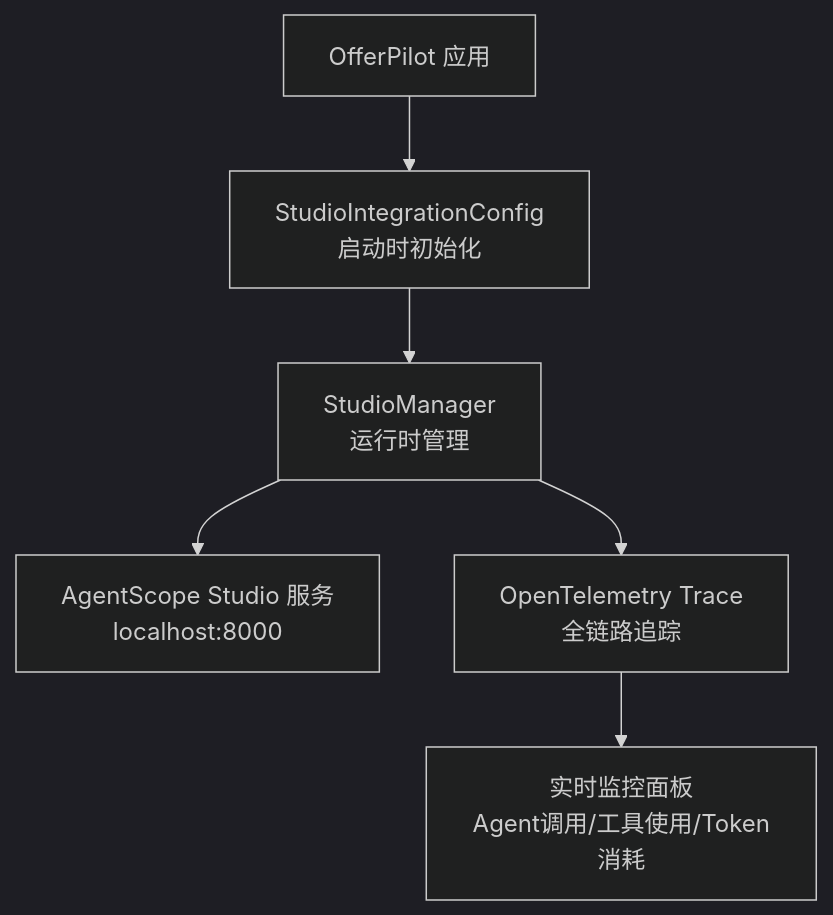
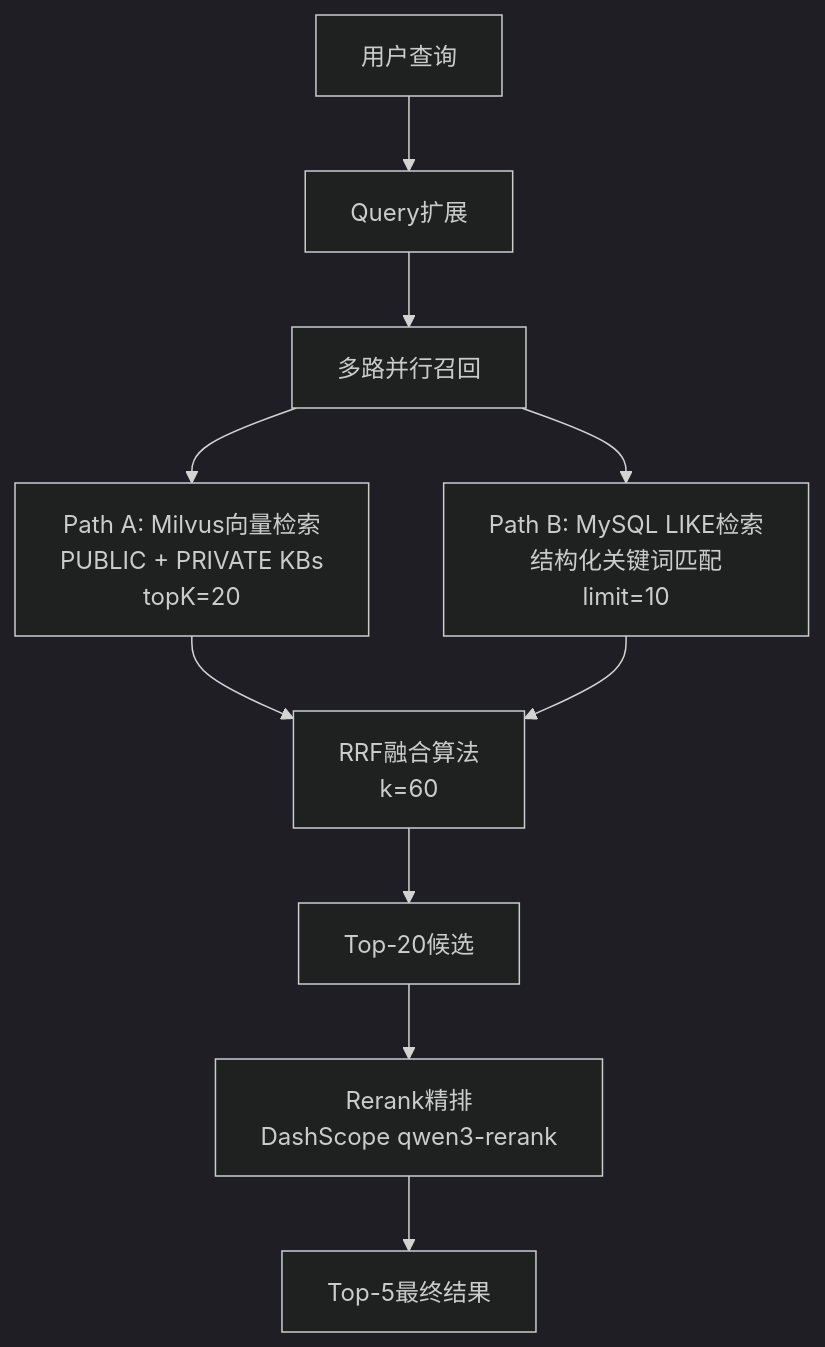
One commit to Miss-zhi/OfferPilot changed the third of 6 diagrams in .qoder/repowiki/zh/content/系统技术架构总览.md. Above: the diagram before and after it, drawn with Mermaid (dark theme). The commit also changed other lines of this file and 25 other files, not shown here.

````diff
--- a/.qoder/repowiki/zh/content/系统技术架构总览.md
+++ b/.qoder/repowiki/zh/content/系统技术架构总览.md
@@ -263,14 +149,20 @@
 ```mermaid
 graph TB
-APP["OfferPilot 应用"]
-STUDIO_CONFIG["StudioIntegrationConfig<br/>启动时初始化"]
-STUDIO_MANAGER["StudioManager<br/>运行时管理"]
-STUDIO_SERVER["AgentScope Studio 服务<br/>localhost:8000"]
-TRACE_SYSTEM["OpenTelemetry Trace<br/>全链路追踪"]
-MONITORING["实时监控面板<br/>Agent调用/工具使用/Token消耗"]
-APP --> STUDIO_CONFIG
-STUDIO_CONFIG --> STUDIO_MANAGER
-STUDIO_MANAGER --> STUDIO_SERVER
-STUDIO_MANAGER --> TRACE_SYSTEM
-TRACE_SYSTEM --> MONITORING
+QUERY["用户查询"]
+EXPAND["Query扩展"]
+PARALLEL["多路并行召回"]
+PATH_A["Path A: Milvus向量检索<br/>PUBLIC + PRIVATE KBs<br/>topK=20"]
+PATH_B["Path B: MySQL LIKE检索<br/>结构化关键词匹配<br/>limit=10"]
+RRF_FUSE["RRF融合算法<br/>k=60"]
+TOP20["Top-20候选"]
+RERANK["Rerank精排<br/>DashScope qwen3-rerank"]
+TOP5["Top-5最终结果"]
+QUERY --> EXPAND --> PARALLEL
+PARALLEL --> PATH_A
+PARALLEL --> PATH_B
+PATH_A --> RRF_FUSE
+PATH_B --> RRF_FUSE
+RRF_FUSE --> TOP20
+TOP20 --> RERANK
+RERANK --> TOP5
 ```
````
